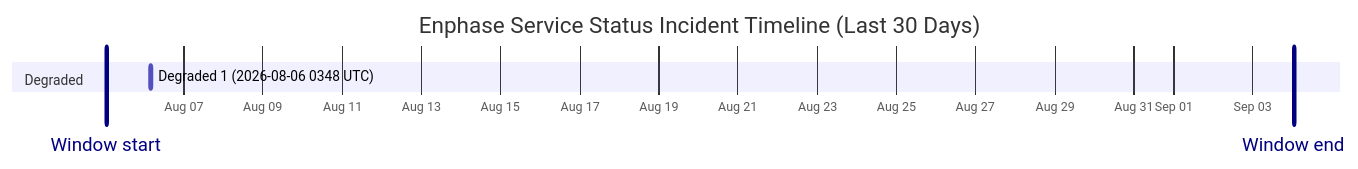
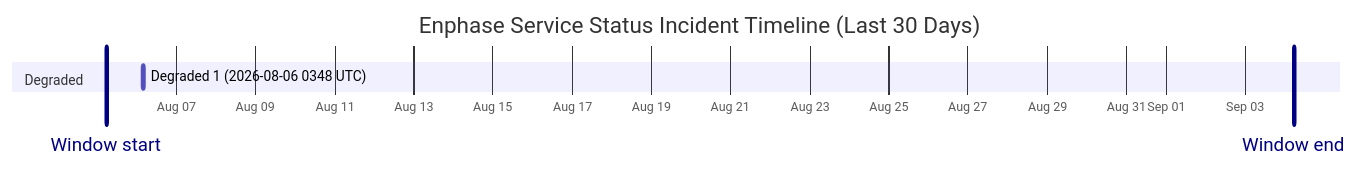
One commit to barneyonline/ha-enphase-energy changed the diagram in wiki/Service-Status-History.md. Above: the diagram before and after it, drawn with Mermaid. The commit also changed other lines of this file and 3 other files, not shown here.

````diff
--- a/wiki/Service-Status-History.md
+++ b/wiki/Service-Status-History.md
@@ -14,10 +14,10 @@
 ```mermaid
 gantt
     title Enphase Service Status Incident Timeline (Last 30 Days)
     dateFormat  YYYY-MM-DDTHH:mm:ss
     axisFormat  %b %d
-    Window start :vert, window-start, 2026-08-05T00:54:12, 0ms
-    Window end :vert, window-end, 2026-09-04T00:54:12, 0ms
+    Window start :vert, window-start, 2026-08-05T05:30:58, 0ms
+    Window end :vert, window-end, 2026-09-04T05:30:58, 0ms
     section Degraded
     Degraded 1 (2026-08-06 0348 UTC) :active, degraded-1, 2026-08-06T03:48:14, 60m
 ```
````
